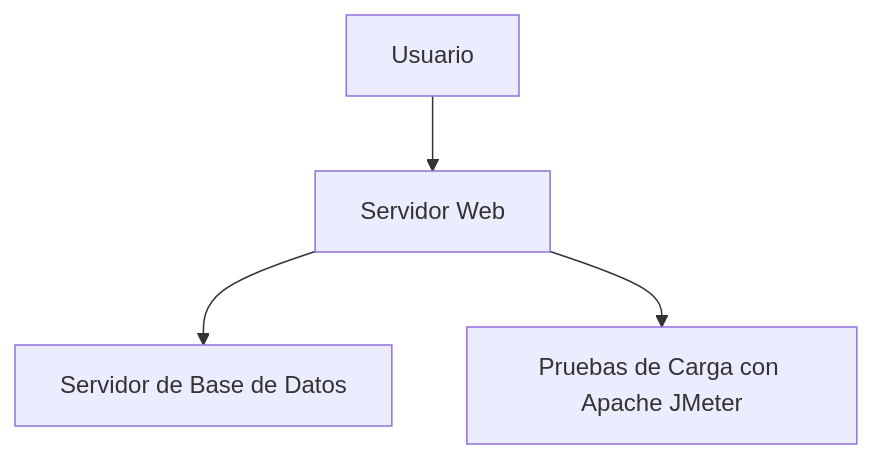
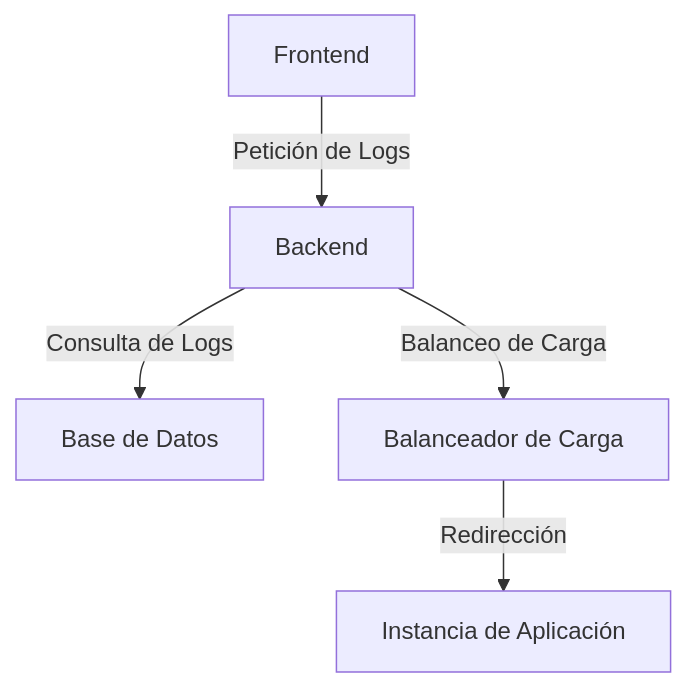
The second of 2 diagrams in README.md (Diplomatictw0/repo-logs), drawn with Mermaid before and after one commit. The commit also changed other lines of this file and 20 other files, not shown here.

````diff
--- a/README.md
+++ b/README.md
@@ -39,6 +48,7 @@
 ```mermaid
-graph TD
-    A[Usuario] --> B[Servidor Web]
-    B --> C[Servidor de Base de Datos]
-    B --> D[Pruebas de Carga con Apache JMeter]
+graph TD;
+    A[Frontend] -->|Petición de Logs| B[Backend]
+    B -->|Consulta de Logs| C[Base de Datos]
+    B -->|Balanceo de Carga| D[Balanceador de Carga]
+    D -->|Redirección| E[Instancia de Aplicación]
 ```
````
